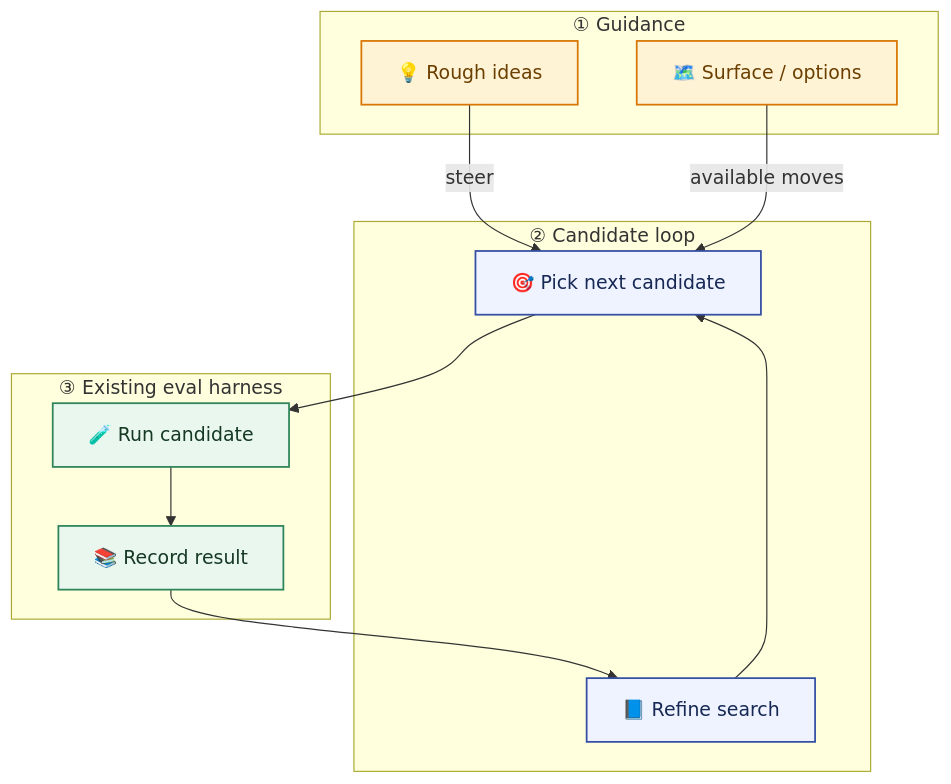
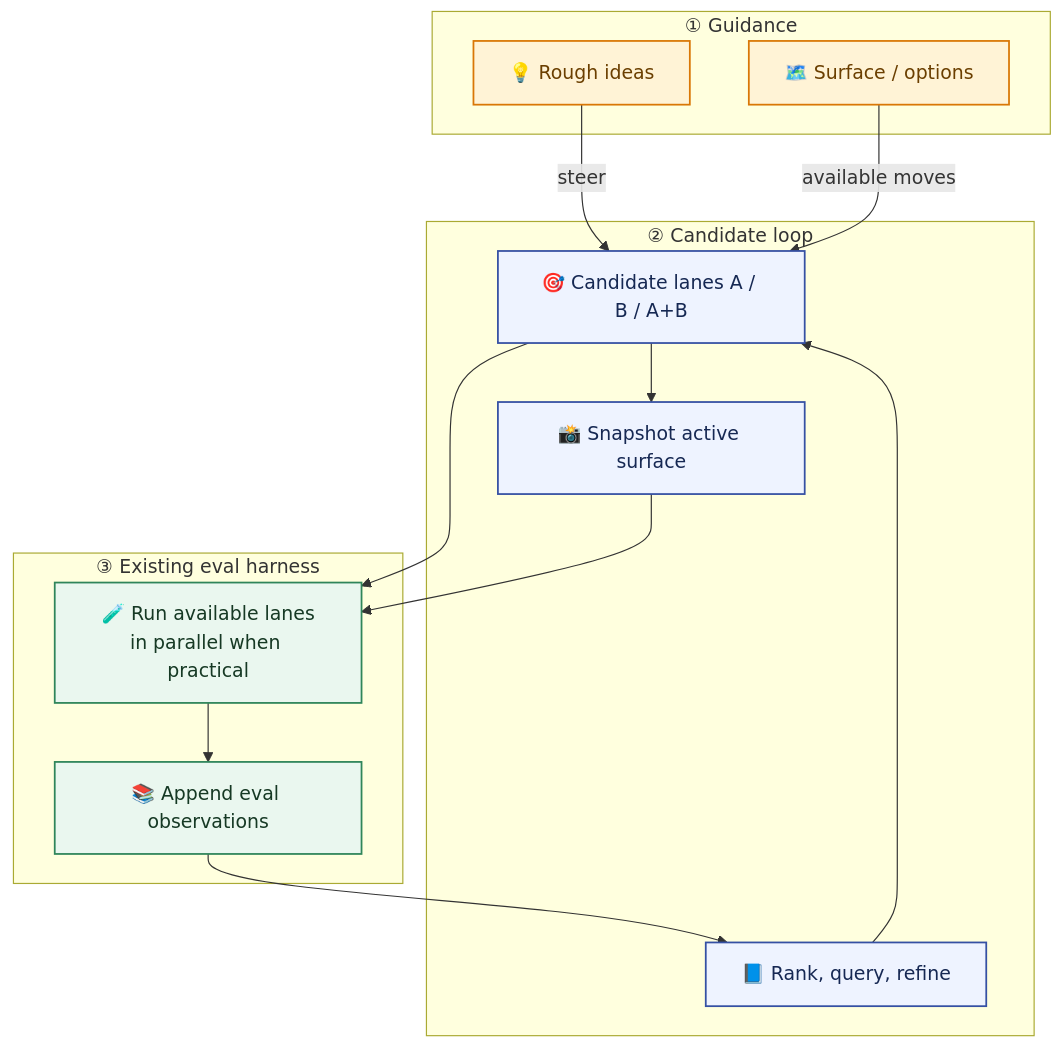
One commit to martelogan/autoclanker changed the diagram in docs/LOOP_DIAGRAM.md. Above: the diagram before and after it, drawn with Mermaid. The commit also changed other lines of this file and 3 other files, not shown here.

````diff
--- a/docs/LOOP_DIAGRAM.md
+++ b/docs/LOOP_DIAGRAM.md
@@ -7,28 +8,31 @@
 ```mermaid
 flowchart TB
   classDef start fill:#FFF3D6,stroke:#D97706,color:#6B3F00,stroke-width:1.5px;
   classDef core fill:#EEF3FF,stroke:#3550A3,color:#162853,stroke-width:1.5px;
   classDef loop fill:#EAF7EF,stroke:#2F855A,color:#163924,stroke-width:1.5px;
 
   subgraph guide["① Guidance"]
     ideas["💡 Rough ideas"]:::start
     surface["🗺️ Surface / options"]:::start
   end
 
   subgraph engine["② Candidate loop"]
-    choose["🎯 Pick next candidate"]:::core
-    refine["📘 Refine search"]:::core
+    choose["🎯 Candidate lanes A / B / A+B"]:::core
+    snapshot["📸 Snapshot active surface"]:::core
+    refine["📘 Rank, query, refine"]:::core
   end
 
   subgraph existing["③ Existing eval harness"]
-    eval["🧪 Run candidate"]:::loop
-    result["📚 Record result"]:::loop
+    eval["🧪 Run available lanes\nin parallel when practical"]:::loop
+    result["📚 Append eval observations"]:::loop
   end
 
   ideas -->|"steer"| choose
   surface -->|"available moves"| choose
+  choose --> snapshot
   choose --> eval
+  snapshot --> eval
   eval --> result
   result --> refine
   refine --> choose
 ```
````
